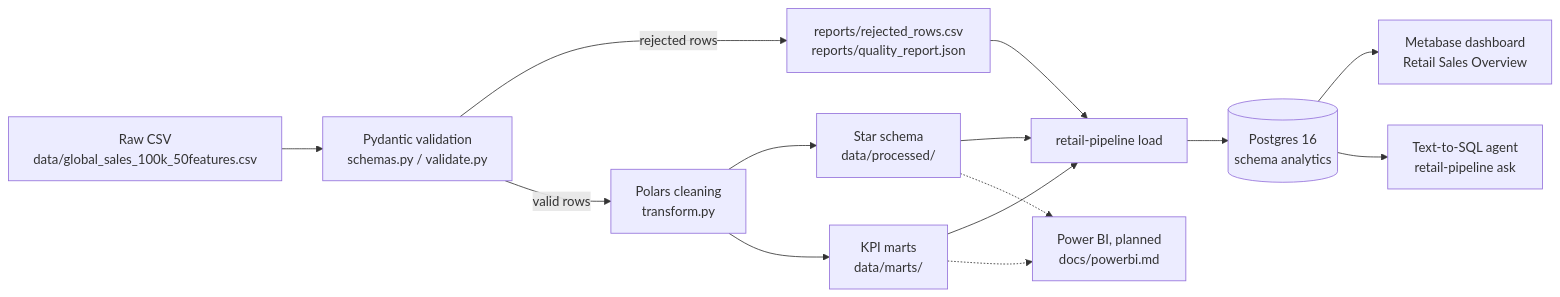
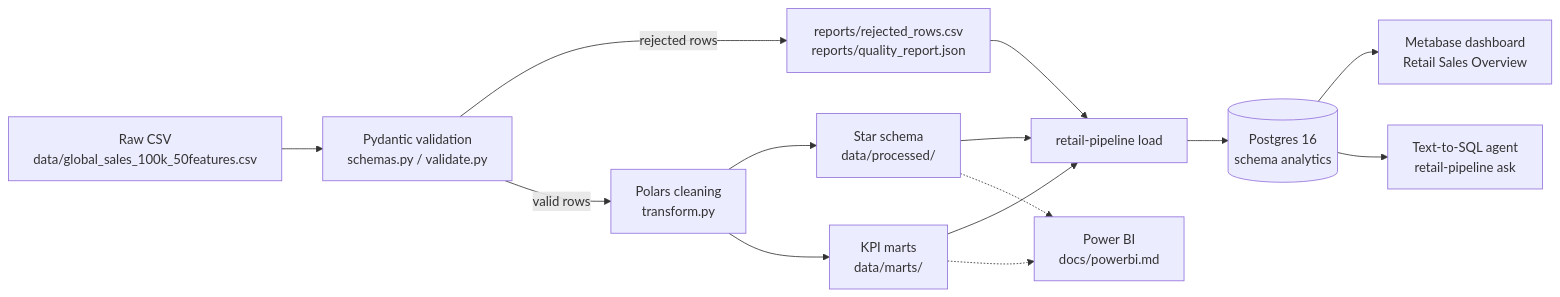
One commit to Lamine2004Sow/sales-analytics-pipeline changed the diagram in README.md. Above: the diagram before and after it, drawn with Mermaid. The commit also changed other lines of this file, not shown here.

Commit message:
README: present the Power BI guide without the 'planned' label

````diff
--- a/README.md
+++ b/README.md
@@ -24,16 +24,16 @@
 ```mermaid
 flowchart LR
     A[Raw CSV<br/>data/global_sales_100k_50features.csv] --> B[Pydantic validation<br/>schemas.py / validate.py]
     B -->|rejected rows| R[reports/rejected_rows.csv<br/>reports/quality_report.json]
     B -->|valid rows| C[Polars cleaning<br/>transform.py]
     C --> D[Star schema<br/>data/processed/]
     C --> E[KPI marts<br/>data/marts/]
     D --> L[retail-pipeline load]
     E --> L
     R --> L
     L --> W[(Postgres 16<br/>schema analytics)]
     W --> M[Metabase dashboard<br/>Retail Sales Overview]
     W --> Q[Text-to-SQL agent<br/>retail-pipeline ask]
-    D -.-> P[Power BI, planned<br/>docs/powerbi.md]
+    D -.-> P[Power BI<br/>docs/powerbi.md]
     E -.-> P
 ```
````
